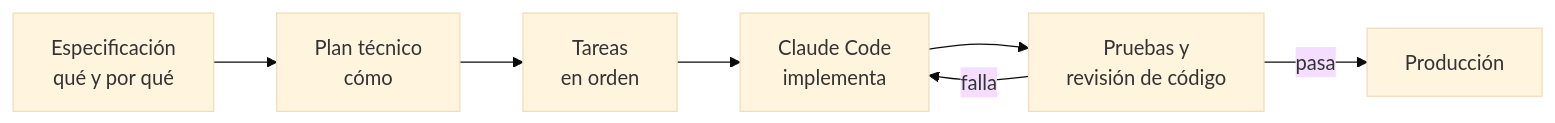
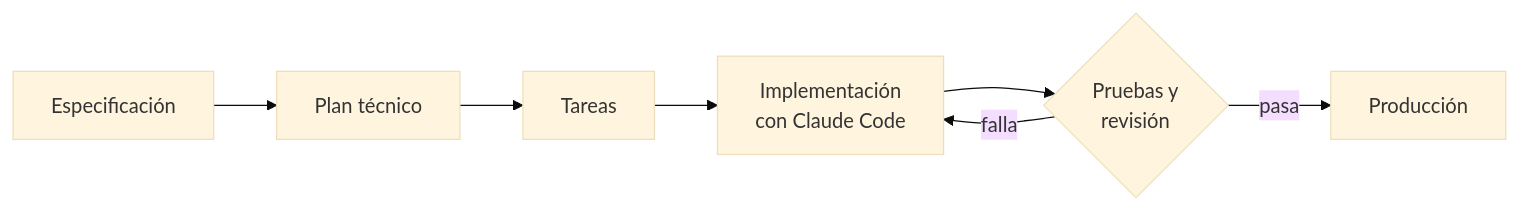
Before and after one commit to Joelsalcedo1/Joelsalcedo1: the diagram in README.md, drawn with Mermaid (base theme). The commit also changed other lines of this file and 1 other file, not shown here.

First line of the commit message:
Rediseñar el README del perfil con un estilo más sobrio

````diff
--- a/README.md
+++ b/README.md
@@ -75,9 +67,9 @@
 ```mermaid
 flowchart LR
-    A[Especificación<br/>qué y por qué] --> B[Plan técnico<br/>cómo]
-    B --> C[Tareas<br/>en orden]
-    C --> D[Claude Code<br/>implementa]
-    D --> E[Pruebas y<br/>revisión de código]
+    A[Especificación] --> B[Plan técnico]
+    B --> C[Tareas]
+    C --> D[Implementación<br/>con Claude Code]
+    D --> E{Pruebas y<br/>revisión}
     E -->|falla| D
     E -->|pasa| F[Producción]
 ```
````
